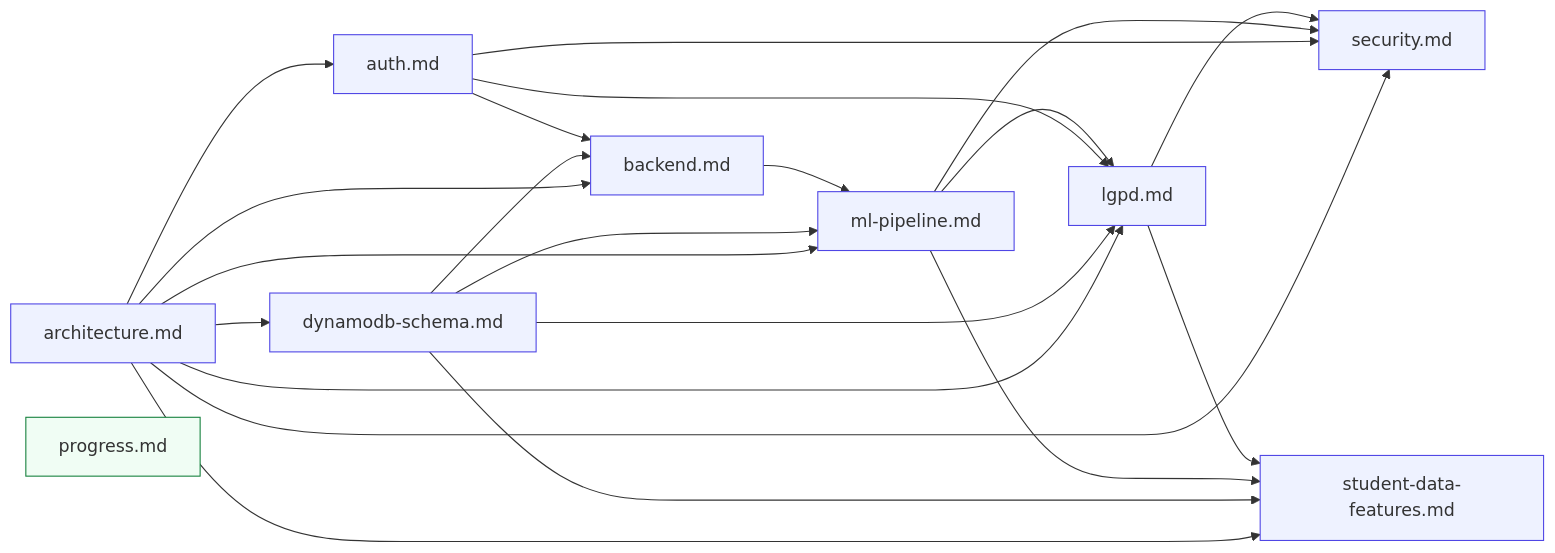
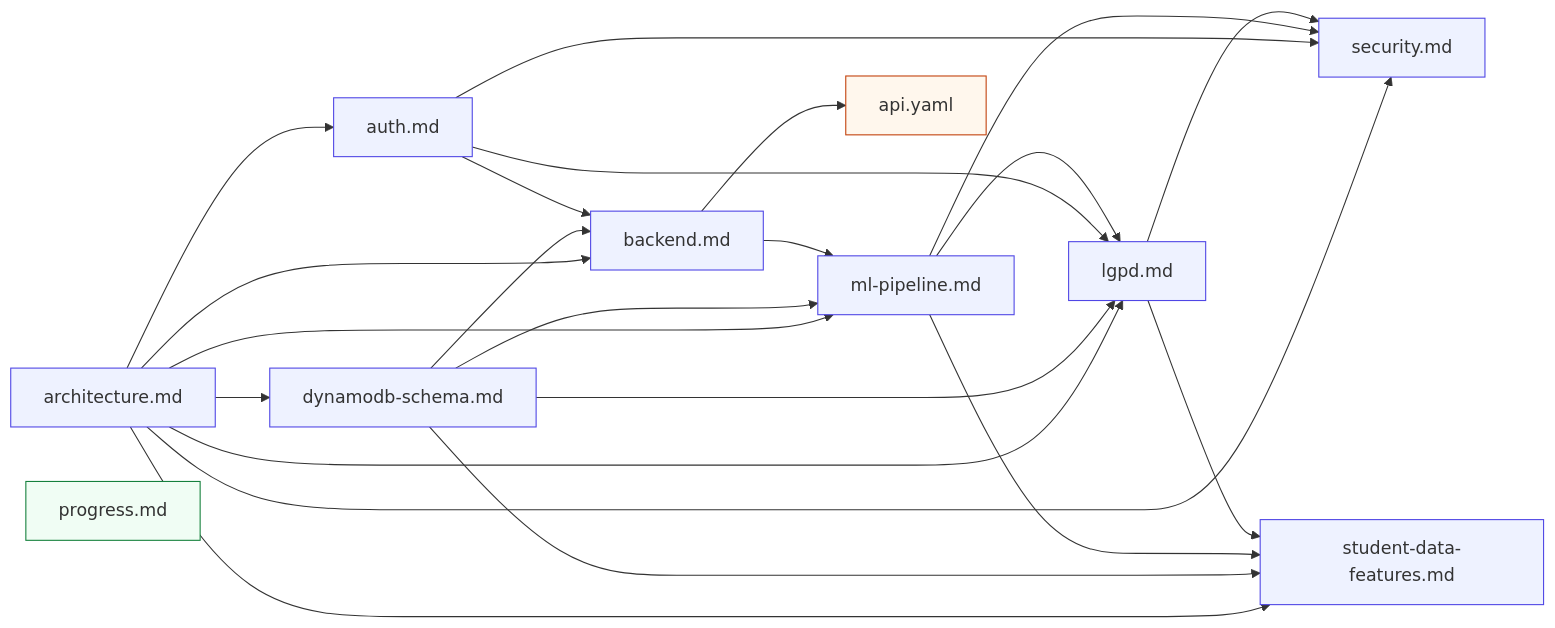
Before and after one commit to luidsonl/learning-profile-analysis-system: the diagram in specs/README.md, drawn with Mermaid. The commit also changed other lines of this file and 2 other files, not shown here.

First line of the commit message:
docs: add OpenAPI 3.0.3 API contract as SSOT for HTTP shapes

````diff
--- a/specs/README.md
+++ b/specs/README.md
@@ -25,29 +25,32 @@
 ```mermaid
 graph LR
     A[architecture.md] --> S[dynamodb-schema.md]
     A --> AU[auth.md]
     A --> BE[backend.md]
     S --> BE
     AU --> BE
     A --> ML[ml-pipeline.md]
     S --> ML
     BE --> ML
     A --> LG[lgpd.md]
     S --> LG
     AU --> LG
     ML --> LG
     A --> SE[security.md]
     AU --> SE
     ML --> SE
     LG --> SE
     A --> SD[student-data-features.md]
     S --> SD
     ML --> SD
     LG --> SD
     PROG[progress.md]
+    BE --> API[api.yaml]
 
     classDef spec fill:#EEF2FF,stroke:#4F46E5,stroke-width:1px;
     classDef report fill:#F0FDF4,stroke:#15803D,stroke-width:1px;
+    classDef contract fill:#FFF7ED,stroke:#C2410C,stroke-width:1px;
     class A,S,AU,BE,ML,LG,SE,SD spec;
     class PROG report;
+    class API contract;
 ```
````
